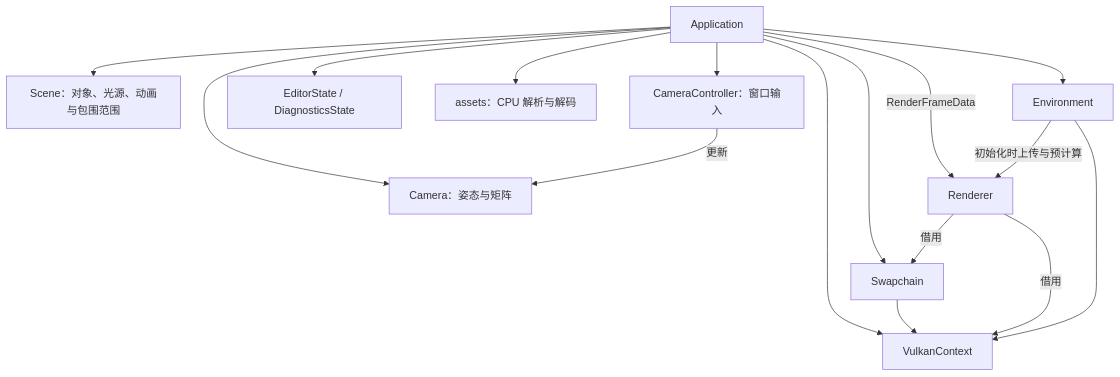
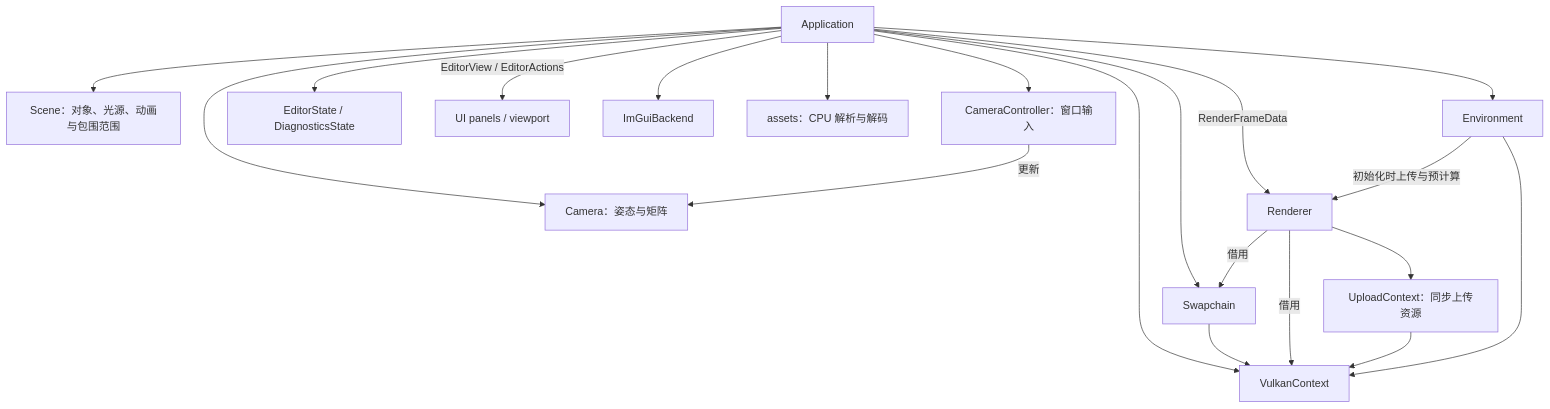
One commit to AirDryingFish/VulkanProject changed the diagram in README.md. Above: the diagram before and after it, drawn with Mermaid. The commit also changed other lines of this file and 214 other files, not shown here.

````diff
--- a/README.md
+++ b/README.md
@@ -109,18 +138,22 @@
 ```mermaid
 flowchart TD
     App["Application"] --> Scene["Scene：对象、光源、动画与包围范围"]
     App --> Camera["Camera：姿态与矩阵"]
     App --> Input["CameraController：窗口输入"]
     Input -->|更新| Camera
     App --> State["EditorState / DiagnosticsState"]
+    App -->|EditorView / EditorActions| UI["UI panels / viewport"]
+    App --> Backend["ImGuiBackend"]
     App --> Assets["assets：CPU 解析与解码"]
     App -->|RenderFrameData| Renderer
     App --> Environment
     App --> Context["VulkanContext"]
     App --> Swapchain
     Swapchain --> Context
     Renderer -->|借用| Context
     Renderer -->|借用| Swapchain
+    Renderer --> Upload["UploadContext：同步上传资源"]
+    Upload --> Context
     Environment -->|初始化时上传与预计算| Renderer
     Environment --> Context
 ```
````
